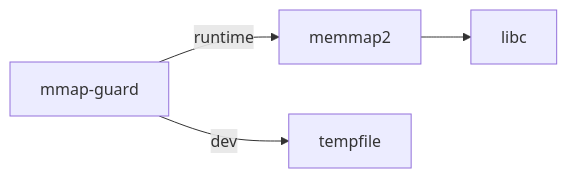
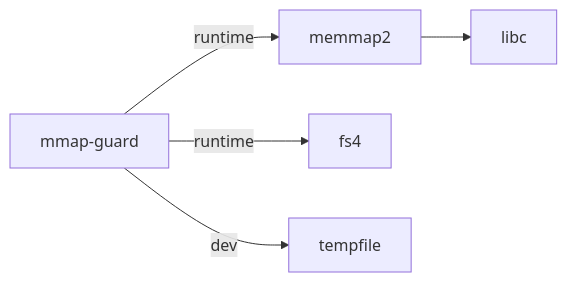
One commit to EvilBit-Labs/mmap-guard changed the second of 2 diagrams in docs/src/architecture.md. Above: the diagram before and after it, drawn with Mermaid. The commit also changed other lines of this file and 25 other files, not shown here.

````diff
--- a/docs/src/architecture.md
+++ b/docs/src/architecture.md
@@ -40,6 +40,7 @@
 ```mermaid
 graph LR
     A[mmap-guard] -->|runtime| B[memmap2]
+    A -->|runtime| E[fs4]
     A -->|dev| C[tempfile]
     B --> D[libc]
 ```
````
